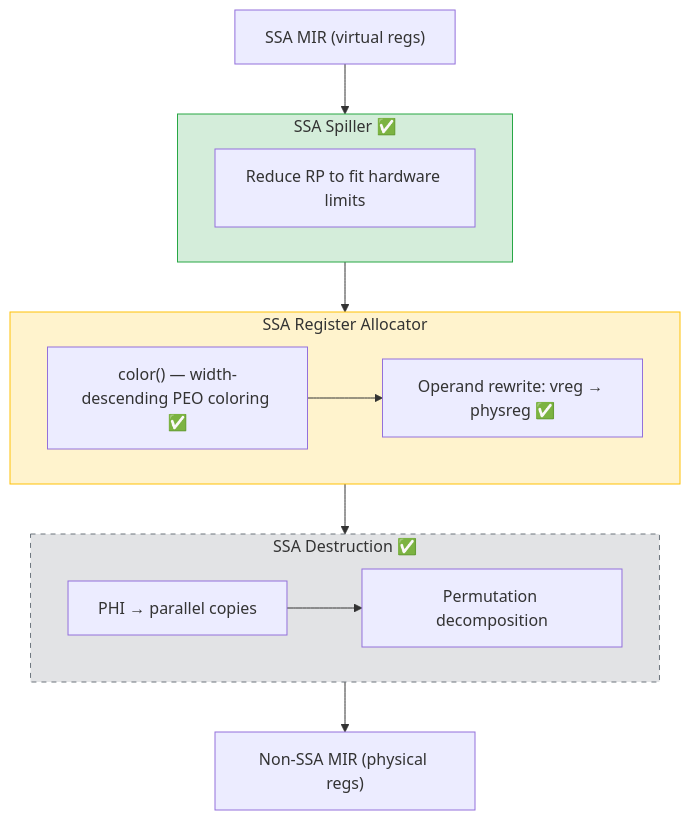
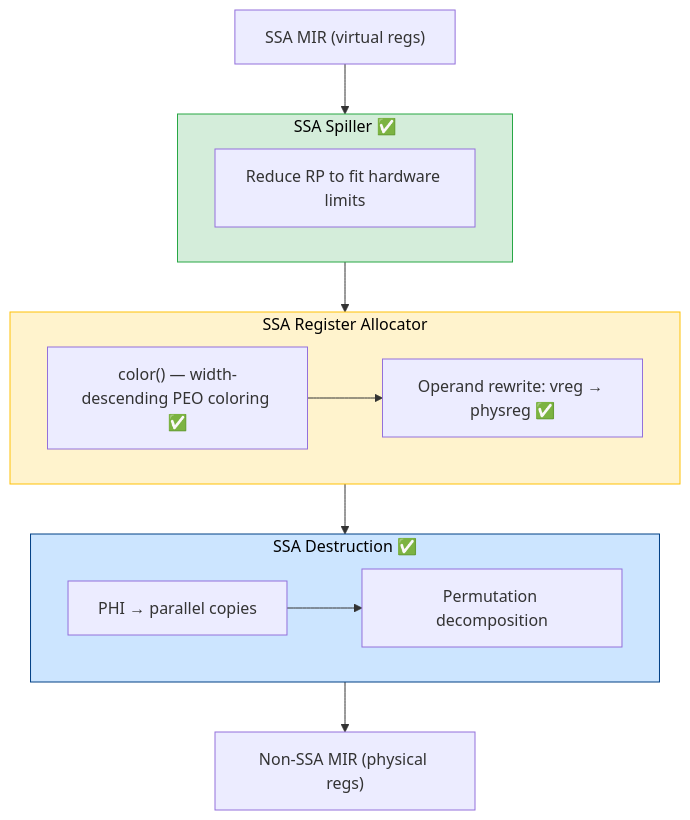
One commit to alex-t/ssa-spiller-docs changed the fifth of 6 diagrams in SSARA/04-Design/SSA_RA_Coloring.md. Above: the diagram before and after it, drawn with Mermaid. The commit also changed other lines of this file and 41 other files, not shown here.

````diff
--- a/SSARA/04-Design/SSA_RA_Coloring.md
+++ b/SSARA/04-Design/SSA_RA_Coloring.md
@@ -282,31 +361,31 @@
 ```mermaid
 flowchart TD
     SSA["SSA MIR (virtual regs)"]
     SSA --> Spiller
 
     subgraph Spiller["SSA Spiller ✅"]
         S1["Reduce RP to fit hardware limits"]
     end
 
     Spiller --> RA
 
     subgraph RA["SSA Register Allocator"]
         RA1["color() — width-descending PEO coloring ✅"]
         RA2["Operand rewrite: vreg → physreg ✅"]
         RA1 --> RA2
     end
 
     RA --> Destruct
 
     subgraph Destruct["SSA Destruction ✅"]
         D1["PHI → parallel copies"]
         D2["Permutation decomposition"]
         D1 --> D2
     end
 
     Destruct --> Output["Non-SSA MIR (physical regs)"]
 
-    style Spiller fill:#d4edda,stroke:#28a745
-    style RA fill:#fff3cd,stroke:#ffc107
-    style Destruct fill:#e2e3e5,stroke:#6c757d,stroke-dasharray: 5 5
+    style Spiller fill:#d4edda,stroke:#28a745,color:#000
+    style RA fill:#fff3cd,stroke:#ffc107,color:#000
+    style Destruct fill:#cce5ff,stroke:#004085,color:#000
 ```
````
